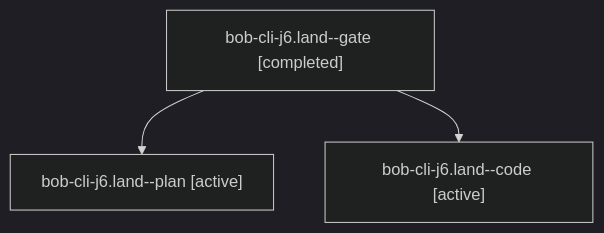
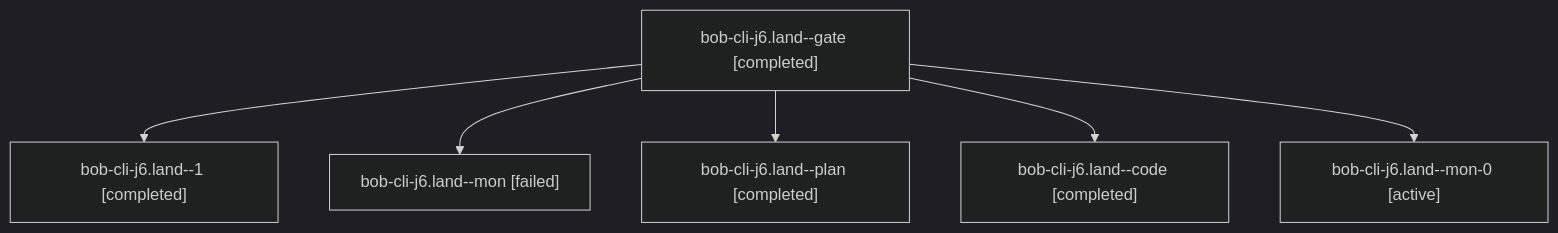
The diagram in sessions/bbugyi200.athena.bob-cli-j6.land.md (bobs-org/bob-cli--agents), drawn with Mermaid (dark theme) before and after one commit. The commit also changed other lines of this file and 36 other files, not shown here.

````diff
--- a/sessions/bbugyi200.athena.bob-cli-j6.land.md
+++ b/sessions/bbugyi200.athena.bob-cli-j6.land.md
@@ -9,8 +9,14 @@
 ```mermaid
 flowchart TD
   n0["bob-cli-j6.land--gate [completed]"]
-  n1["bob-cli-j6.land--plan [active]"]
+  n1["bob-cli-j6.land--1 [completed]"]
   n0 --> n1
-  n2["bob-cli-j6.land--code [active]"]
+  n2["bob-cli-j6.land--mon [failed]"]
   n0 --> n2
+  n3["bob-cli-j6.land--plan [completed]"]
+  n0 --> n3
+  n4["bob-cli-j6.land--code [completed]"]
+  n0 --> n4
+  n5["bob-cli-j6.land--mon-0 [active]"]
+  n0 --> n5
 ```
````
